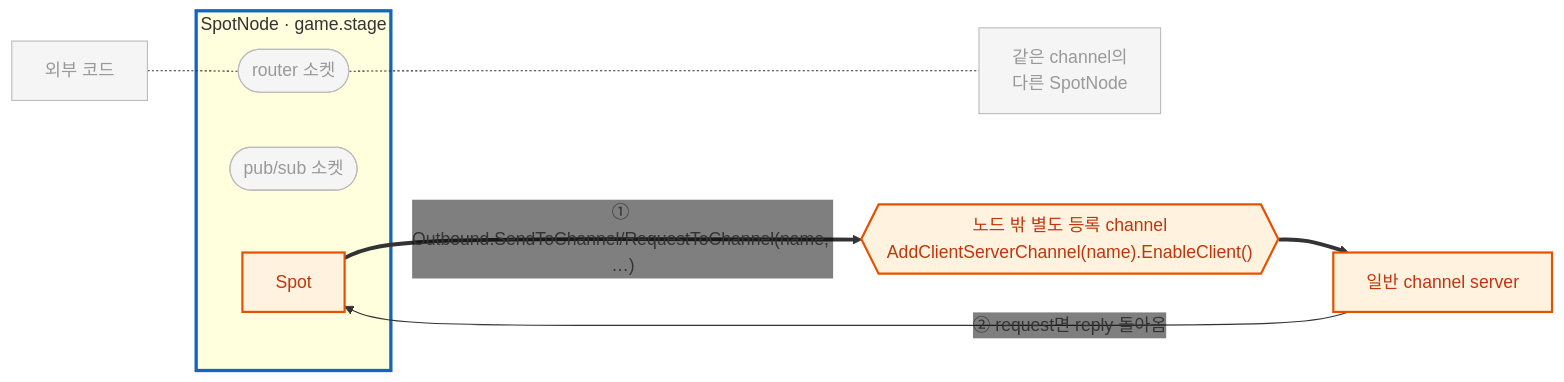
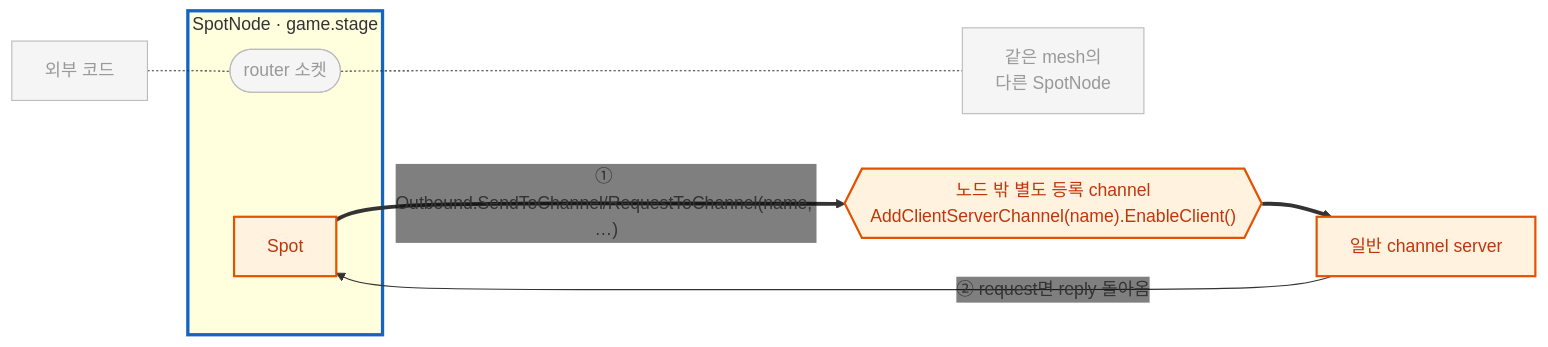
One commit to kairos-code-dev/zlink changed the sixth of 8 diagrams in framework/doc/framework/dotnet/guide/06-spot.ko.md. Above: the diagram before and after it, drawn with Mermaid. The commit also changed other lines of this file and 7 other files, not shown here.

````diff
--- a/framework/doc/framework/dotnet/guide/06-spot.ko.md
+++ b/framework/doc/framework/dotnet/guide/06-spot.ko.md
@@ -309,22 +307,21 @@
 ```mermaid
 %%{init: {'themeVariables': {'edgeLabelBackground':'transparent'}}}%%
 flowchart LR
   subgraph node["SpotNode · game.stage"]
     rsock(["router 소켓"])
-    psock(["pub/sub 소켓"])
     spot["Spot"]
   end
-  peer["같은 channel의<br/>다른 SpotNode"]
+  peer["같은 mesh의<br/>다른 SpotNode"]
   ext["외부 코드"]
   chan{{"노드 밖 별도 등록 channel<br/>AddClientServerChannel(name).EnableClient()"}}
   svc["일반 channel server"]
   spot ==>|"① Outbound.SendToChannel/RequestToChannel(name, …)"| chan ==> svc
   svc -->|"② request면 reply 돌아옴"| spot
   rsock -.- peer
   ext -.- rsock
   classDef on fill:#fff3e0,stroke:#e65100,stroke-width:2px,color:#bf360c;
   classDef dim fill:#f5f5f5,stroke:#bbbbbb,color:#999999;
   class chan,svc,spot on;
-  class rsock,psock,peer,ext dim;
+  class rsock,peer,ext dim;
   style node stroke:#1565c0,stroke-width:3px
 ```
````
